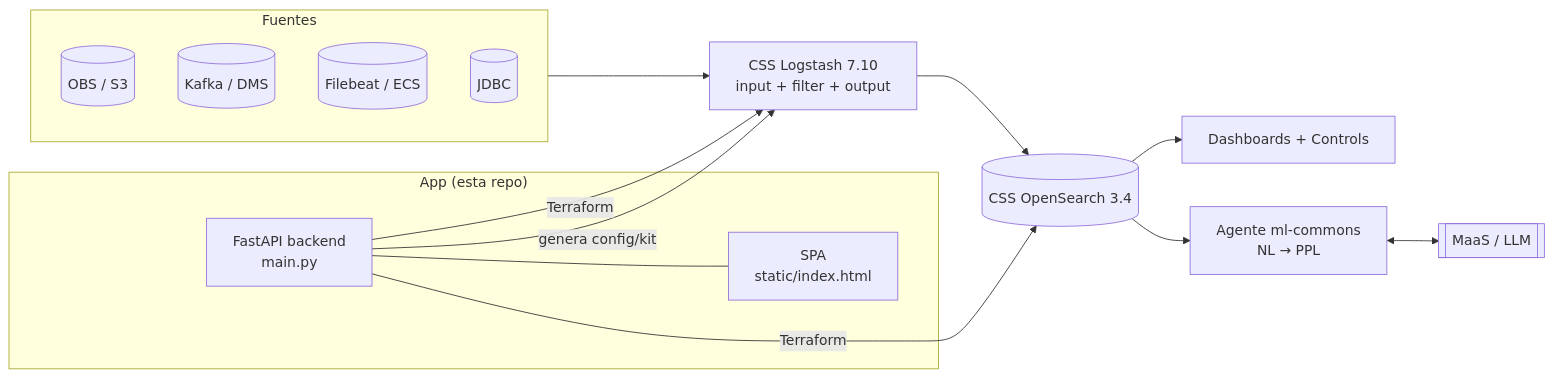
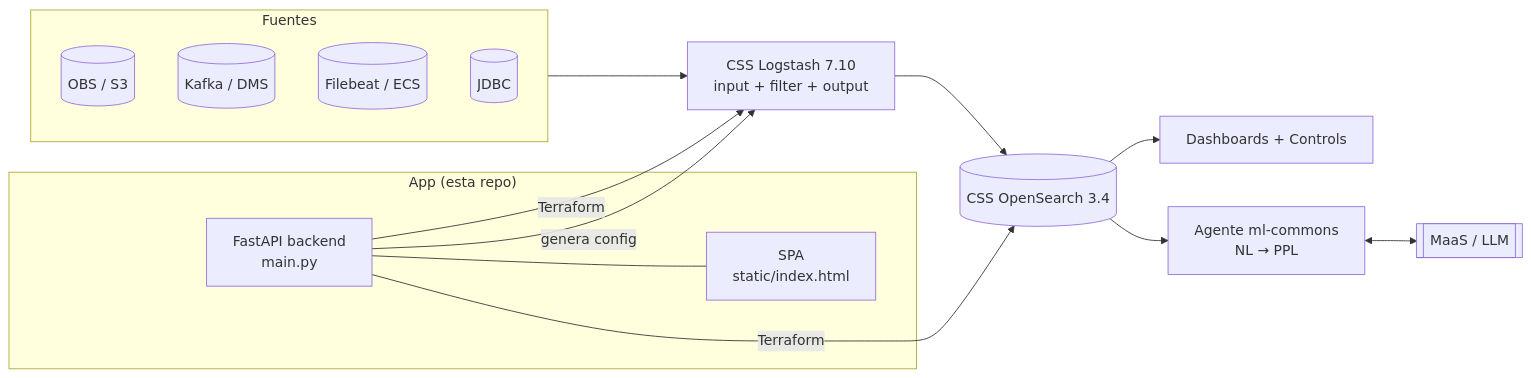
The diagram in README.md (nicolas-aversa/huaweicloudcss-blueprint), drawn with Mermaid before and after one commit. The commit also changed other lines of this file and 13 other files, not shown here.

````diff
--- a/README.md
+++ b/README.md
@@ -51,20 +53,20 @@
 ```mermaid
 flowchart LR
     subgraph Fuentes
       OBS[(OBS / S3)]
       KAFKA[(Kafka / DMS)]
       BEATS[(Filebeat / ECS)]
       JDBC[(JDBC)]
     end
     Fuentes --> LS[CSS Logstash 7.10<br/>input + filter + output]
     LS --> OS[(CSS OpenSearch 3.4)]
     OS --> DASH[Dashboards + Controls]
     OS --> AGENT[Agente ml-commons<br/>NL &rarr; PPL]
     AGENT <--> MAAS[[MaaS / LLM]]
     subgraph "App (esta repo)"
       API[FastAPI backend<br/>main.py] --- SPA[SPA<br/>static/index.html]
     end
     API -->|Terraform| LS
     API -->|Terraform| OS
-    API -->|genera config/kit| LS
+    API -->|genera config| LS
 ```
````
